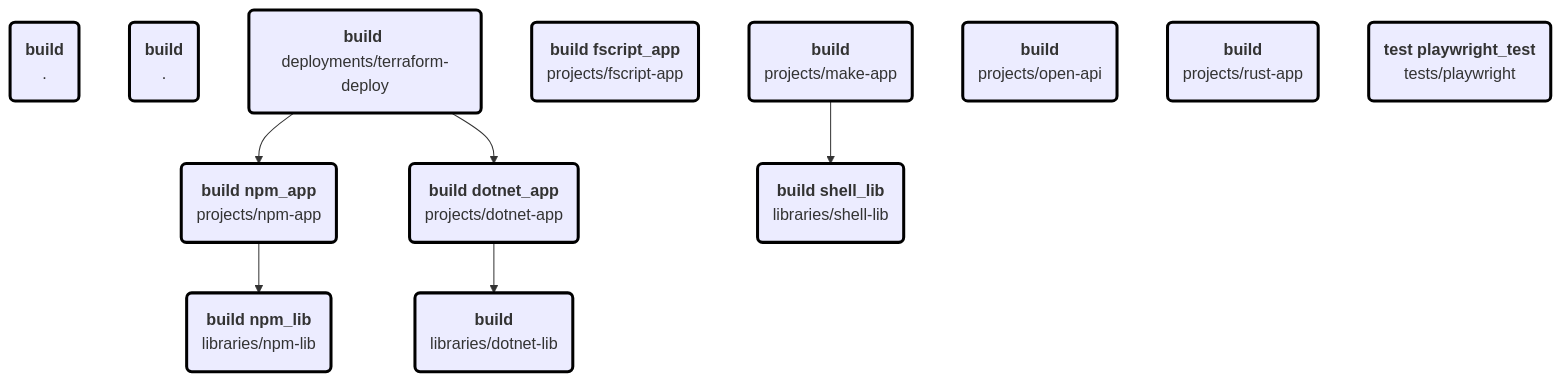
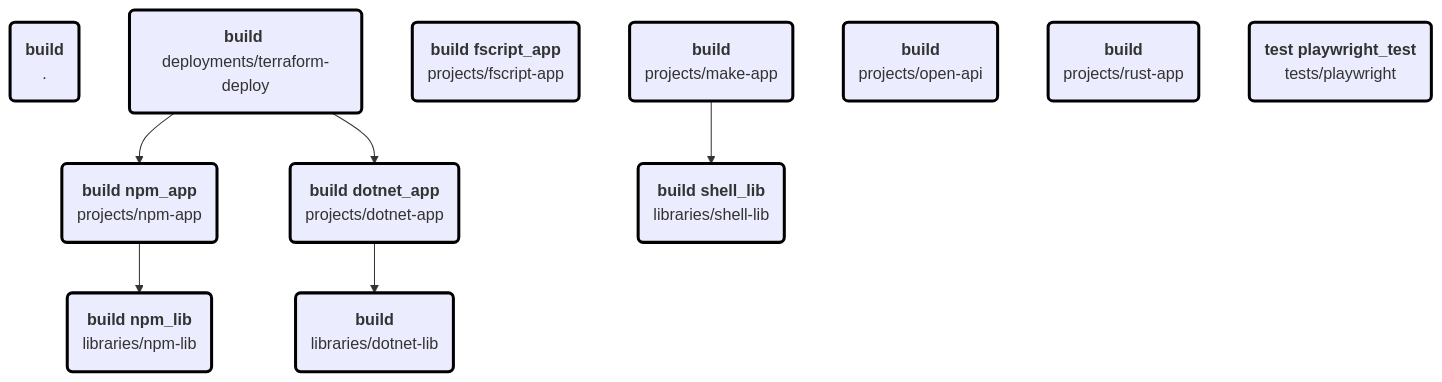
One commit to MagnusOpera/terrabuild changed the diagram in tests/simple/results/terrabuild-debug.info.md. Above: the diagram before and after it, drawn with Mermaid. The commit also changed 37 other files, not shown here.

Commit message:
Refine source graph pipeline for impact

````diff
--- a/tests/simple/results/terrabuild-debug.info.md
+++ b/tests/simple/results/terrabuild-debug.info.md
@@ -14,50 +14,47 @@
 ```mermaid
 flowchart TD
 classDef build stroke:red,stroke-width:3px
 classDef restore stroke:orange,stroke-width:3px
 classDef ignore stroke:black,stroke-width:3px
-1565C663A6AA8DD76CC475B61F6DA9891C4B6088668874E4C620C276749985A8("<b>build</b> 
-.")
-5FF221712FFC15D83449C90E8FCD4C9742CCDDDBD9437B76A2A3D29911DB071B("<b>build</b> 
+18EC023DB9537A3A95D4031414409CA1830DA7D462A4AF882E44C98B2A3FC40F("<b>build</b> 
 .")
 #pnpm#npm-app:build("<b>build npm_app</b> 
 projects/npm-app")
 #pnpm#npm-lib:build("<b>build npm_lib</b> 
 libraries/npm-lib")
 workspace/path#deployments/terraform-deploy:build("<b>build</b> 
 deployments/terraform-deploy")
 workspace/path#libraries/dotnet-lib:build("<b>build</b> 
 libraries/dotnet-lib")
 workspace/path#libraries/shell-lib:build("<b>build shell_lib</b> 
 libraries/shell-lib")
 workspace/path#projects/dotnet-app:build("<b>build dotnet_app</b> 
 projects/dotnet-app")
 workspace/path#projects/fscript-app:build("<b>build fscript_app</b> 
 projects/fscript-app")
 workspace/path#projects/make-app:build("<b>build</b> 
 projects/make-app")
 workspace/path#projects/open-api:build("<b>build</b> 
 projects/open-api")
 workspace/path#projects/rust-app:build("<b>build</b> 
 projects/rust-app")
 workspace/path#tests/playwright:test("<b>test playwright_test</b> 
 tests/playwright")
-class 1565C663A6AA8DD76CC475B61F6DA9891C4B6088668874E4C620C276749985A8 ignore
-class 5FF221712FFC15D83449C90E8FCD4C9742CCDDDBD9437B76A2A3D29911DB071B ignore
+class 18EC023DB9537A3A95D4031414409CA1830DA7D462A4AF882E44C98B2A3FC40F ignore
 #pnpm#npm-app:build --> #pnpm#npm-lib:build
 class #pnpm#npm-app:build ignore
 class #pnpm#npm-lib:build ignore
 workspace/path#deployments/terraform-deploy:build --> #pnpm#npm-app:build
 workspace/path#deployments/terraform-deploy:build --> workspace/path#projects/dotnet-app:build
 class workspace/path#deployments/terraform-deploy:build ignore
 class workspace/path#libraries/dotnet-lib:build ignore
 class workspace/path#libraries/shell-lib:build ignore
 workspace/path#projects/dotnet-app:build --> workspace/path#libraries/dotnet-lib:build
 class workspace/path#projects/dotnet-app:build ignore
 class workspace/path#projects/fscript-app:build ignore
 workspace/path#projects/make-app:build --> workspace/path#libraries/shell-lib:build
 class workspace/path#projects/make-app:build ignore
 class workspace/path#projects/open-api:build ignore
 class workspace/path#projects/rust-app:build ignore
 class workspace/path#tests/playwright:test ignore
 ```
````
